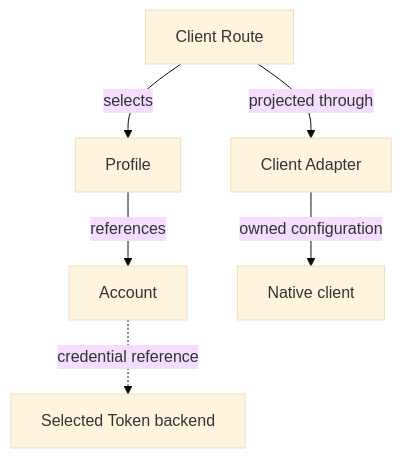
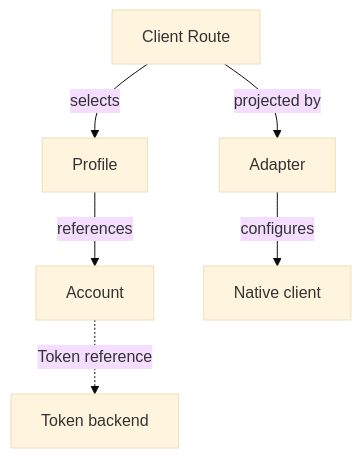
The diagram in docs/concepts/product-concepts.md (HengYangDS/aigw-cli), drawn with Mermaid (base theme) before and after one commit. The commit also changed 7 other files, not shown here.

Commit message:
docs: simplify diagrams and preserve narrow-screen readability

````diff
--- a/docs/concepts/product-concepts.md
+++ b/docs/concepts/product-concepts.md
@@ -6,10 +6,10 @@
 ```mermaid
 flowchart TB
     accTitle: References among the four configuration entities
     accDescr: A client Route selects a Profile, which names an Account. An Adapter projects the selected configuration into its native client. Account Tokens remain in a separate backend.
     R["Client Route"] -->|selects| P["Profile"]
     P -->|references| A["Account"]
-    A -. credential reference .-> K["Selected Token backend"]
-    R -->|projected through| D["Client Adapter"]
-    D -->|owned configuration| C["Native client"]
+    A -. Token reference .-> K["Token backend"]
+    R -->|projected by| D["Adapter"]
+    D -->|configures| C["Native client"]
 ```
````
